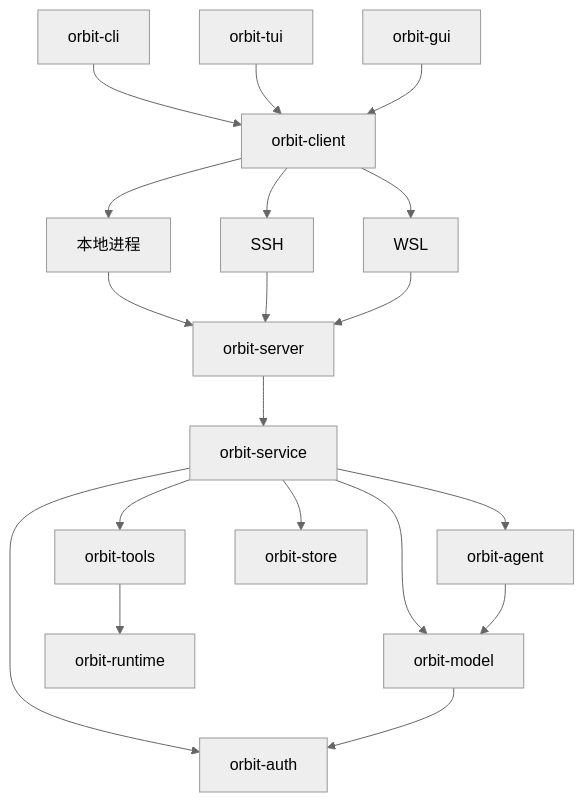
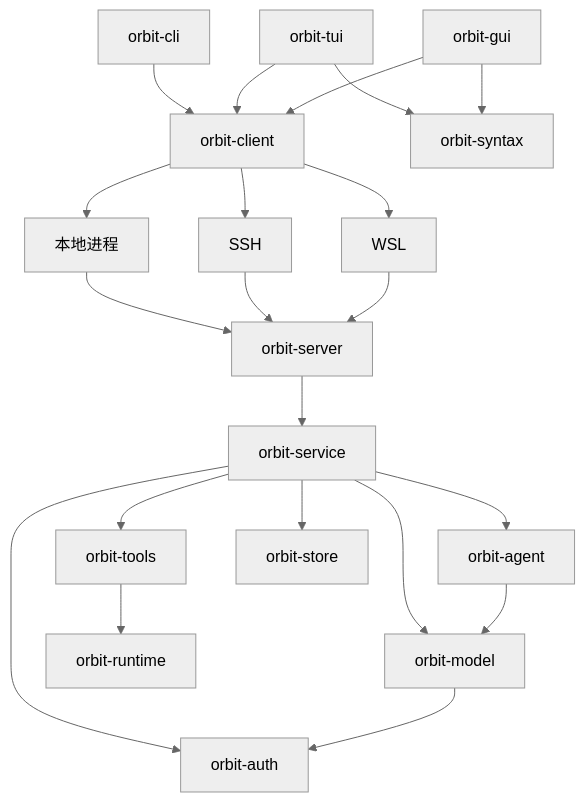
The diagram in README.md (linyisu/orbit), drawn with Mermaid (neutral theme) before and after one commit. The commit also changed other lines of this file and 25 other files, not shown here.

Commit message:
fix(gui): share TUI syntax grammars for code highlighting

````diff
--- a/README.md
+++ b/README.md
@@ -68,21 +69,23 @@
 ```mermaid
 flowchart TD
     CLI[orbit-cli] --> CLIENT[orbit-client]
     TUI[orbit-tui] --> CLIENT
     GUI[orbit-gui] --> CLIENT
+    TUI --> SYNTAX[orbit-syntax]
+    GUI --> SYNTAX
     CLIENT --> LOCAL[本地进程]
     CLIENT --> SSH[SSH]
     CLIENT --> WSL[WSL]
     LOCAL --> SERVER[orbit-server]
     SSH --> SERVER
     WSL --> SERVER
     SERVER --> APP[orbit-service]
     APP --> AGENT[orbit-agent]
     APP --> TOOLS[orbit-tools]
     APP --> STORE[orbit-store]
     APP --> MODEL[orbit-model]
     APP --> AUTH[orbit-auth]
     TOOLS --> RUNTIME[orbit-runtime]
     AGENT --> MODEL
     MODEL --> AUTH
 ```
````
